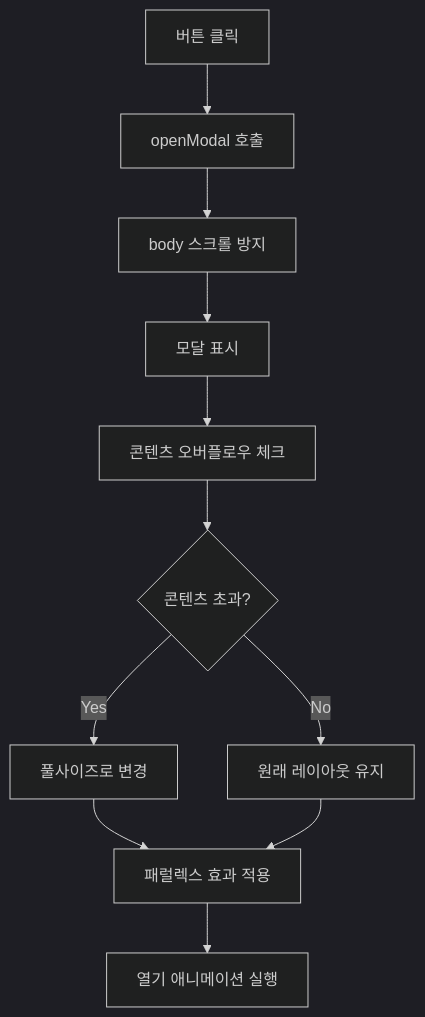
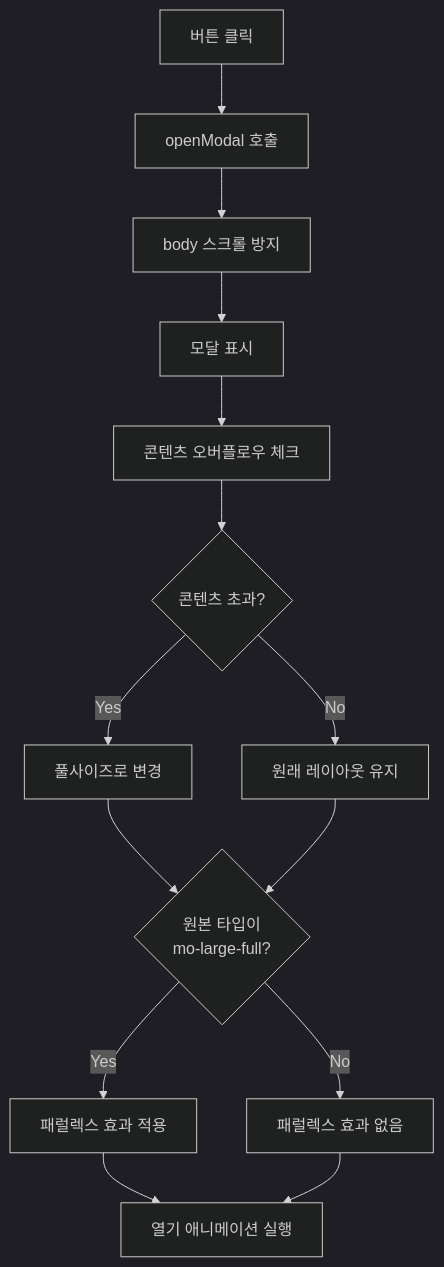
The first of 2 diagrams in README.md (PLUTO-NIX/Motion), drawn with Mermaid (dark theme) before and after one commit. The commit also changed other lines of this file, not shown here.

First line of the commit message:
docs: Fix parallax effect documentation and flow diagrams

````diff
--- a/README.md
+++ b/README.md
@@ -280,13 +292,16 @@
 ```mermaid
 graph TD
     A[버튼 클릭] --> B[openModal 호출]
     B --> C[body 스크롤 방지]
     C --> D[모달 표시]
     D --> E[콘텐츠 오버플로우 체크]
     E --> F{콘텐츠 초과?}
     F -->|Yes| G[풀사이즈로 변경]
     F -->|No| H[원래 레이아웃 유지]
-    G --> I[패럴렉스 효과 적용]
+    G --> I{원본 타입이<br/>mo-large-full?}
     H --> I
-    I --> J[열기 애니메이션 실행]
+    I -->|Yes| J[패럴렉스 효과 적용]
+    I -->|No| K[패럴렉스 효과 없음]
+    J --> L[열기 애니메이션 실행]
+    K --> L
 ```
````
